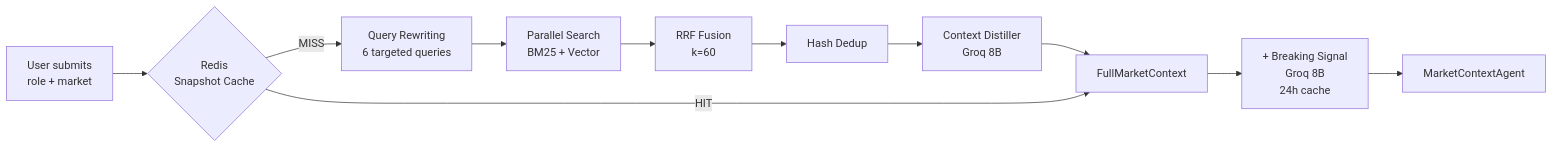
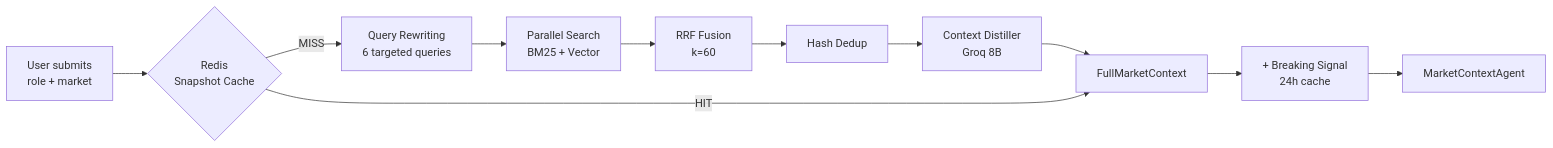
Before and after one commit to Sarv2024aimlco/roast: the second of 4 diagrams in README.md, drawn with Mermaid. The commit also changed other lines of this file, not shown here.

````diff
--- a/README.md
+++ b/README.md
@@ -77,13 +78,13 @@
 ```mermaid
 flowchart LR
     A[User submits\nrole + market] --> B{Redis\nSnapshot Cache}
     B -->|MISS| C[Query Rewriting\n6 targeted queries]
     C --> D[Parallel Search\nBM25 + Vector]
     D --> E[RRF Fusion\nk=60]
     E --> E2[Hash Dedup]
     E2 --> E3[Context Distiller\nGroq 8B]
     E3 --> F[FullMarketContext]
     B -->|HIT| F
-    F --> G[+ Breaking Signal\nGroq 8B\n24h cache]
+    F --> G[+ Breaking Signal\n24h cache]
     G --> H[MarketContextAgent]
 ```
````
